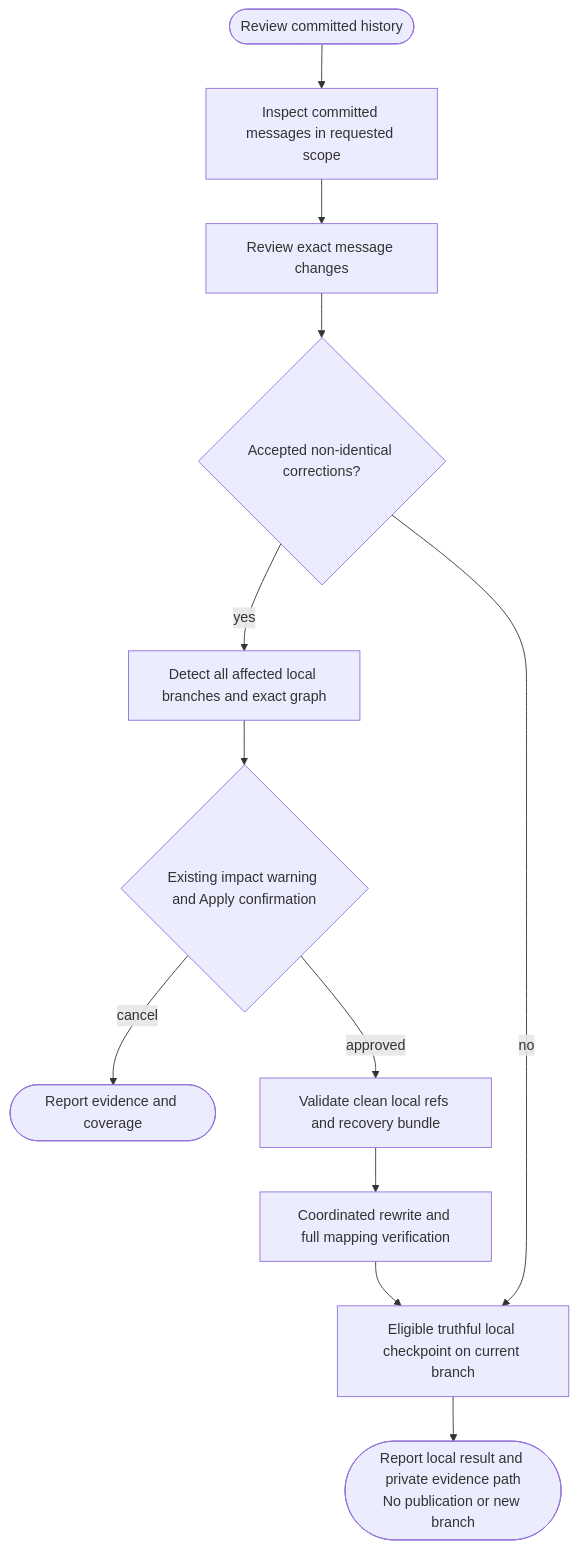
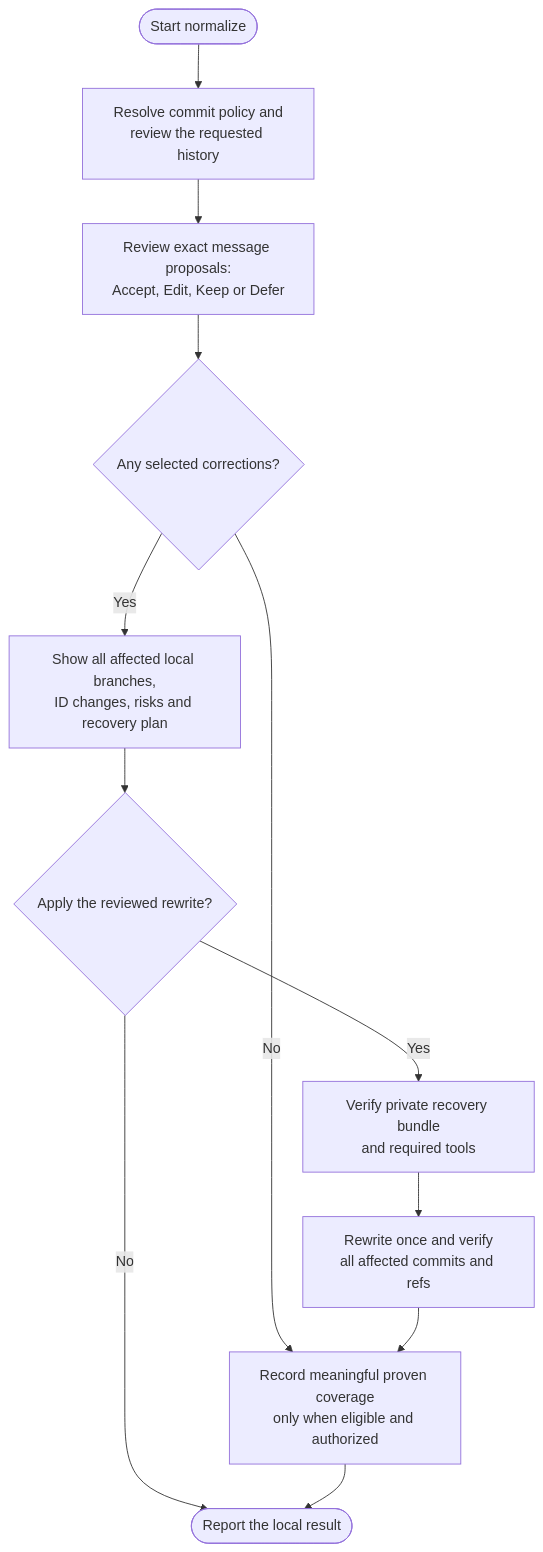
One commit to myowinthein/agent-helm changed the diagram in docs/commands/normalize.md. Above: the diagram before and after it, drawn with Mermaid. The commit also changed other lines of this file and 34 other files, not shown here.

````diff
--- a/docs/commands/normalize.md
+++ b/docs/commands/normalize.md
@@ -31,14 +23,14 @@
 ```mermaid
 flowchart TD
-  Start([Review committed history]) --> Inspect[Inspect committed messages in requested scope]
-  Inspect --> Decisions[Review exact message changes]
-  Decisions --> Changes{Accepted non-identical corrections?}
-  Changes -->|yes| Impact[Detect all affected local branches and exact graph]
-  Impact --> Approve{Existing impact warning and Apply confirmation}
-  Approve -->|cancel| Report([Report evidence and coverage])
-  Approve -->|approved| Recover[Validate clean local refs and recovery bundle]
-  Recover --> Rewrite[Coordinated rewrite and full mapping verification]
-  Rewrite --> Ledger
-  Changes -->|no| Ledger[Eligible truthful local checkpoint on current branch]
-  Ledger --> End([Report local result and private evidence path<br/>No publication or new branch])
+  Start(["Start normalize"]) --> Audit["Resolve commit policy and<br/>review the requested history"]
+  Audit --> Messages["Review exact message proposals:<br/>Accept, Edit, Keep or Defer"]
+  Messages --> Changed{"Any selected corrections?"}
+  Changed -->|No| Record["Record meaningful proven coverage<br/>only when eligible and authorized"]
+  Changed -->|Yes| Impact["Show all affected local branches,<br/>ID changes, risks and recovery plan"]
+  Impact --> Approval{"Apply the reviewed rewrite?"}
+  Approval -->|No| End(["Report the local result"])
+  Approval -->|Yes| Backup["Verify private recovery bundle<br/>and required tools"]
+  Backup --> Rewrite["Rewrite once and verify<br/>all affected commits and refs"]
+  Rewrite --> Record
+  Record --> End
 ```
````
